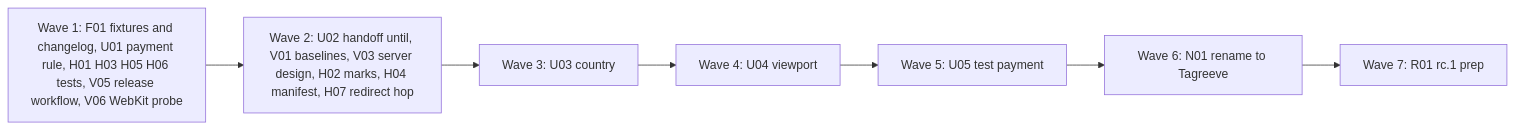
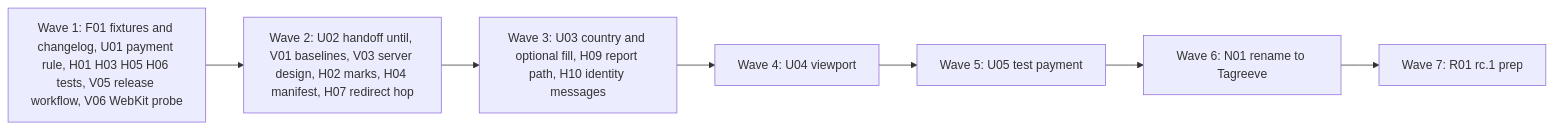
One commit to alfhen/pingwright changed the diagram in docs/plan-0.4.md. Above: the diagram before and after it, drawn with Mermaid. The commit also changed other lines of this file and 2 other files, not shown here.

Commit message:
Plan 0.4: field notes from the 0.3.0 run (U03 optional fill and phone warning, H09, H10)

````diff
--- a/docs/plan-0.4.md
+++ b/docs/plan-0.4.md
@@ -71,9 +74,9 @@
 ```mermaid
 flowchart LR
   W1[Wave 1: F01 fixtures and changelog, U01 payment rule, H01 H03 H05 H06 tests, V05 release workflow, V06 WebKit probe] --> W2[Wave 2: U02 handoff until, V01 baselines, V03 server design, H02 marks, H04 manifest, H07 redirect hop]
-  W2 --> W3[Wave 3: U03 country]
+  W2 --> W3[Wave 3: U03 country and optional fill, H09 report path, H10 identity messages]
   W3 --> W4[Wave 4: U04 viewport]
   W4 --> W5[Wave 5: U05 test payment]
   W5 --> W6[Wave 6: N01 rename to Tagreeve]
   W6 --> W7[Wave 7: R01 rc.1 prep]
 ```
````
